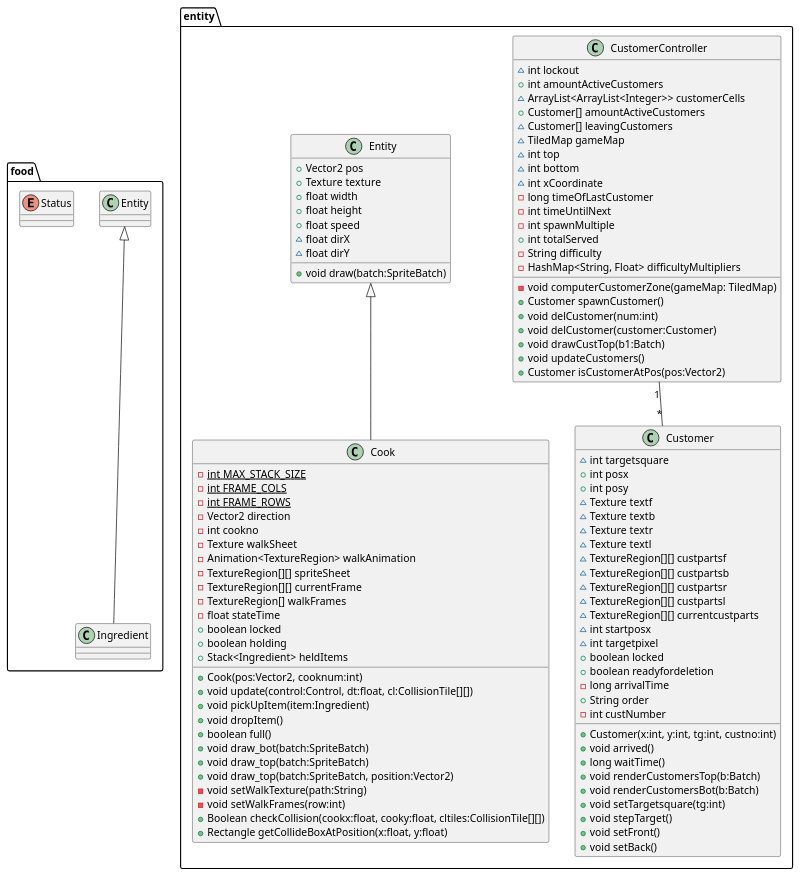
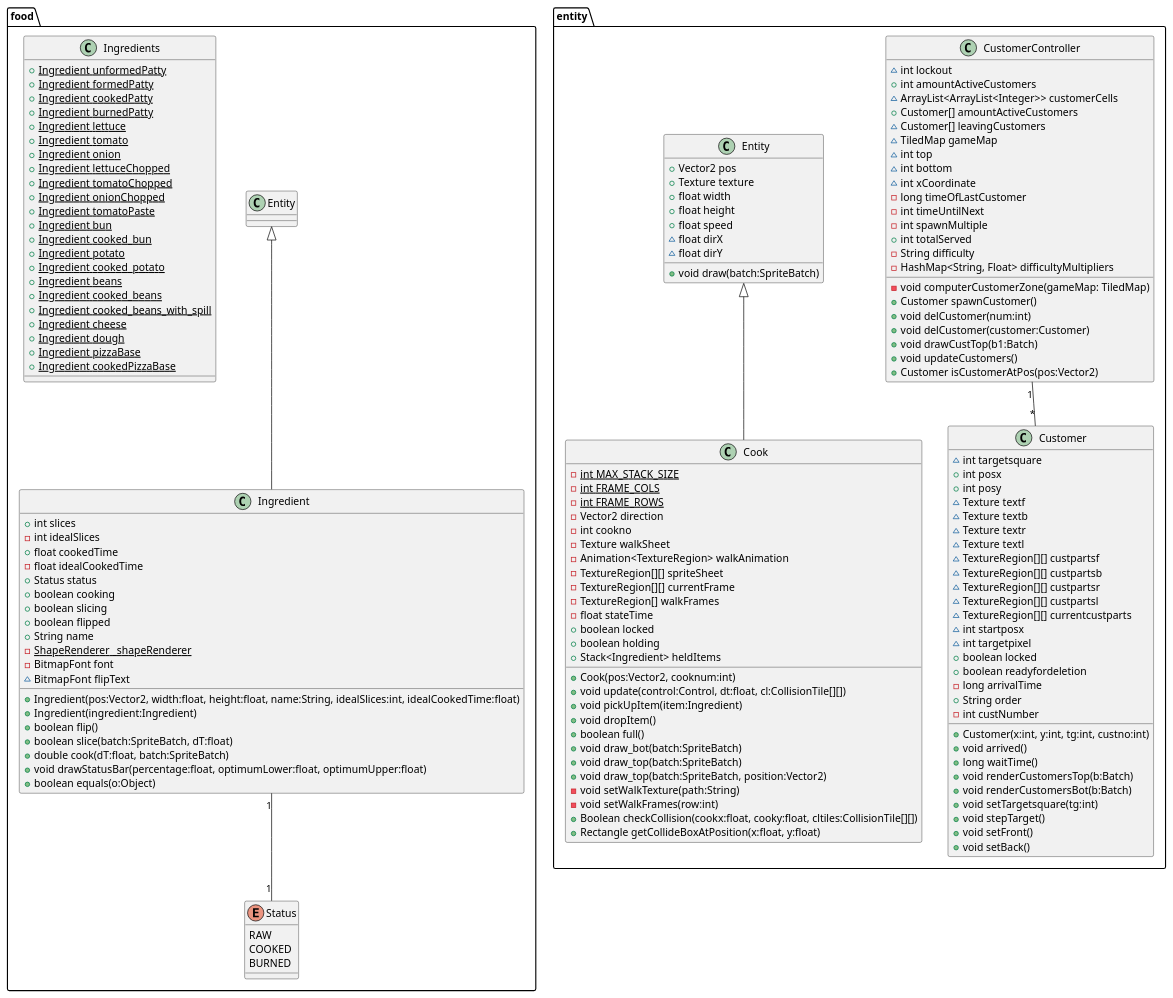
The diagram in UMLDiagrams/food_and_entity_packages.puml (decassociation/project_eng1_team3), drawn with PlantUML before and after one commit.

Commit message:
More work on food_and_entity_packages.puml; completed Ingredient.java and Ingredients.java

```diff
--- a/UMLDiagrams/food_and_entity_packages.puml
+++ b/UMLDiagrams/food_and_entity_packages.puml
@@ -1,115 +1,164 @@
 @startuml
 'https://plantuml.com/class-diagram
 
 package "food"{
 
+Ingredient "1" -- "1" Status
+
 class Ingredient extends Entity{
-
++int slices
+-int idealSlices
++float cookedTime
+-float idealCookedTime
++Status status
++boolean cooking
++boolean slicing
++boolean flipped
++String name
+-{static} ShapeRenderer _shapeRenderer
+-BitmapFont font
+~BitmapFont flipText
++Ingredient(pos:Vector2, width:float, height:float, name:String, idealSlices:int, idealCookedTime:float)
++Ingredient(ingredient:Ingredient)
++boolean flip()
++boolean slice(batch:SpriteBatch, dT:float)
++double cook(dT:float, batch:SpriteBatch)
++void drawStatusBar(percentage:float, optimumLower:float, optimumUpper:float)
++boolean equals(o:Object)
 }
 
-enum Status
+enum Status{
+RAW
+COOKED
+BURNED
+}
+
+class Ingredients{
++{static} Ingredient unformedPatty
++{static} Ingredient formedPatty
++{static} Ingredient cookedPatty
++{static} Ingredient burnedPatty
++{static} Ingredient lettuce
++{static} Ingredient tomato
++{static} Ingredient onion
++{static} Ingredient lettuceChopped
++{static} Ingredient tomatoChopped
++{static} Ingredient onionChopped
++{static} Ingredient tomatoPaste
++{static} Ingredient bun
++{static} Ingredient cooked_bun
++{static} Ingredient potato
++{static} Ingredient cooked_potato
++{static} Ingredient beans
++{static} Ingredient cooked_beans
++{static} Ingredient cooked_beans_with_spill
++{static} Ingredient cheese
++{static} Ingredient dough
++{static} Ingredient pizzaBase
++{static} Ingredient cookedPizzaBase
+}
 
 }
 
 package "entity"{
 
 CustomerController "1" -- "*" Customer
 
 class Cook extends Entity{
 -{static} int MAX_STACK_SIZE
 -{static} int FRAME_COLS
 -{static} int FRAME_ROWS
 -Vector2 direction
 -int cookno
 -Texture walkSheet
 -Animation<TextureRegion> walkAnimation
 -TextureRegion[][] spriteSheet
 -TextureRegion[][] currentFrame
 -TextureRegion[] walkFrames
 -float stateTime
 +boolean locked
 +boolean holding
 +Stack<Ingredient> heldItems
 +Cook(pos:Vector2, cooknum:int)
 +void update(control:Control, dt:float, cl:CollisionTile[][])
 +void pickUpItem(item:Ingredient)
 +void dropItem()
 +boolean full()
 +void draw_bot(batch:SpriteBatch)
 +void draw_top(batch:SpriteBatch)
 +void draw_top(batch:SpriteBatch, position:Vector2)
 -void setWalkTexture(path:String)
 -void setWalkFrames(row:int)
 +Boolean checkCollision(cookx:float, cooky:float, cltiles:CollisionTile[][])
 +Rectangle getCollideBoxAtPosition(x:float, y:float)
 }
 
 class Customer{
 ~int targetsquare
 +int posx
 +int posy
 ~Texture textf
 ~Texture textb
 ~Texture textr
 ~Texture textl
 ~TextureRegion[][] custpartsf
 ~TextureRegion[][] custpartsb
 ~TextureRegion[][] custpartsr
 ~TextureRegion[][] custpartsl
 ~TextureRegion[][] currentcustparts
 ~int startposx
 ~int targetpixel
 +boolean locked
 +boolean readyfordeletion
 -long arrivalTime
 +String order
 -int custNumber
 +Customer(x:int, y:int, tg:int, custno:int)
 +void arrived()
 +long waitTime()
 +void renderCustomersTop(b:Batch)
 +void renderCustomersBot(b:Batch)
 +void setTargetsquare(tg:int)
 +void stepTarget()
 +void setFront()
 +void setBack()
 }
 
 class CustomerController{
 ~int lockout
 +int amountActiveCustomers
 ~ArrayList<ArrayList<Integer>> customerCells
 +Customer[] amountActiveCustomers
 ~Customer[] leavingCustomers
 ~TiledMap gameMap
 ~int top
 ~int bottom
 ~int xCoordinate
 -long timeOfLastCustomer
 -int timeUntilNext
 -int spawnMultiple
 +int totalServed
 -String difficulty
 -HashMap<String, Float> difficultyMultipliers
 -void computerCustomerZone(gameMap: TiledMap)
 +Customer spawnCustomer()
 +void delCustomer(num:int)
 +void delCustomer(customer:Customer)
 +void drawCustTop(b1:Batch)
 +void updateCustomers()
 +Customer isCustomerAtPos(pos:Vector2)
 }
 
 class Entity{
 +Vector2 pos
 +Texture texture
 +float width
 +float height
 +float speed
 ~float dirX
 ~float dirY
 +void draw(batch:SpriteBatch)
 }
 
 }
 @enduml
```
